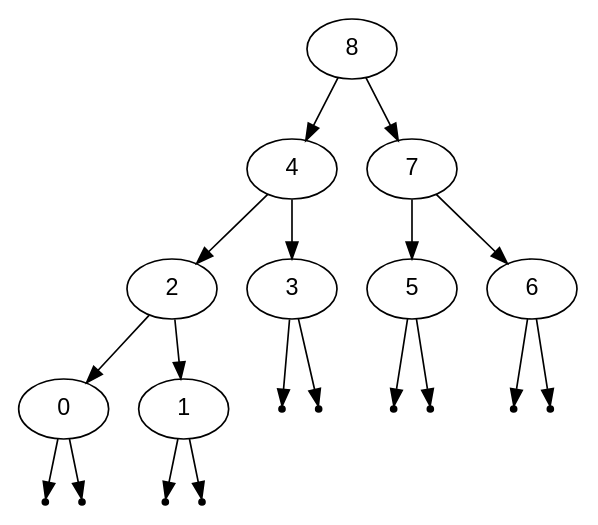
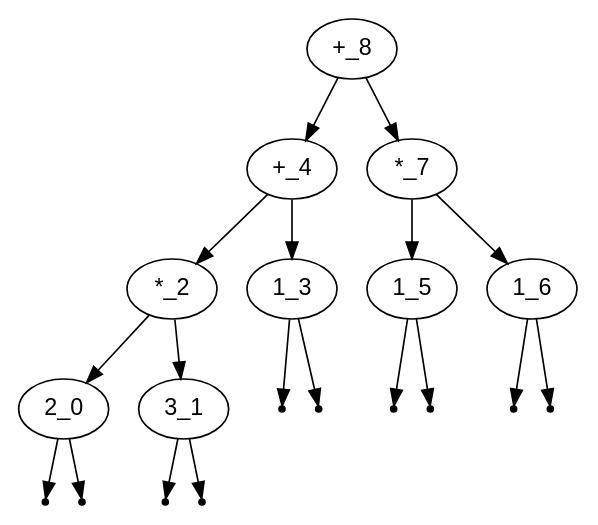
The diagram in src/tree.dot (ix-56h/Recursive-Descent-Parser), drawn with Graphviz before and after one commit. The commit also changed 1 other file, not shown here.

```diff
--- a/src/tree.dot
+++ b/src/tree.dot
@@ -1,31 +1,31 @@
 digraph BST {
     node [fontname="Arial"];
-    8 -> 4;
-    4 -> 2;
-    2 -> 0;
+    "+_8" -> "+_4";
+    "+_4" -> "*_2";
+    "*_2" -> "2_0";
     null0 [shape=point];
-    0 -> null0;
+    "2_0" -> null0;
     null1 [shape=point];
-    0 -> null1;
-    2 -> 1;
+    "2_0" -> null1;
+    "*_2" -> "3_1";
     null2 [shape=point];
-    1 -> null2;
+    "3_1" -> null2;
     null3 [shape=point];
-    1 -> null3;
-    4 -> 3;
+    "3_1" -> null3;
+    "+_4" -> "1_3";
     null4 [shape=point];
-    3 -> null4;
+    "1_3" -> null4;
     null5 [shape=point];
-    3 -> null5;
-    8 -> 7;
-    7 -> 5;
+    "1_3" -> null5;
+    "+_8" -> "*_7";
+    "*_7" -> "1_5";
     null6 [shape=point];
-    5 -> null6;
+    "1_5" -> null6;
     null7 [shape=point];
-    5 -> null7;
-    7 -> 6;
+    "1_5" -> null7;
+    "*_7" -> "1_6";
     null8 [shape=point];
-    6 -> null8;
+    "1_6" -> null8;
     null9 [shape=point];
-    6 -> null9;
+    "1_6" -> null9;
 }
```
